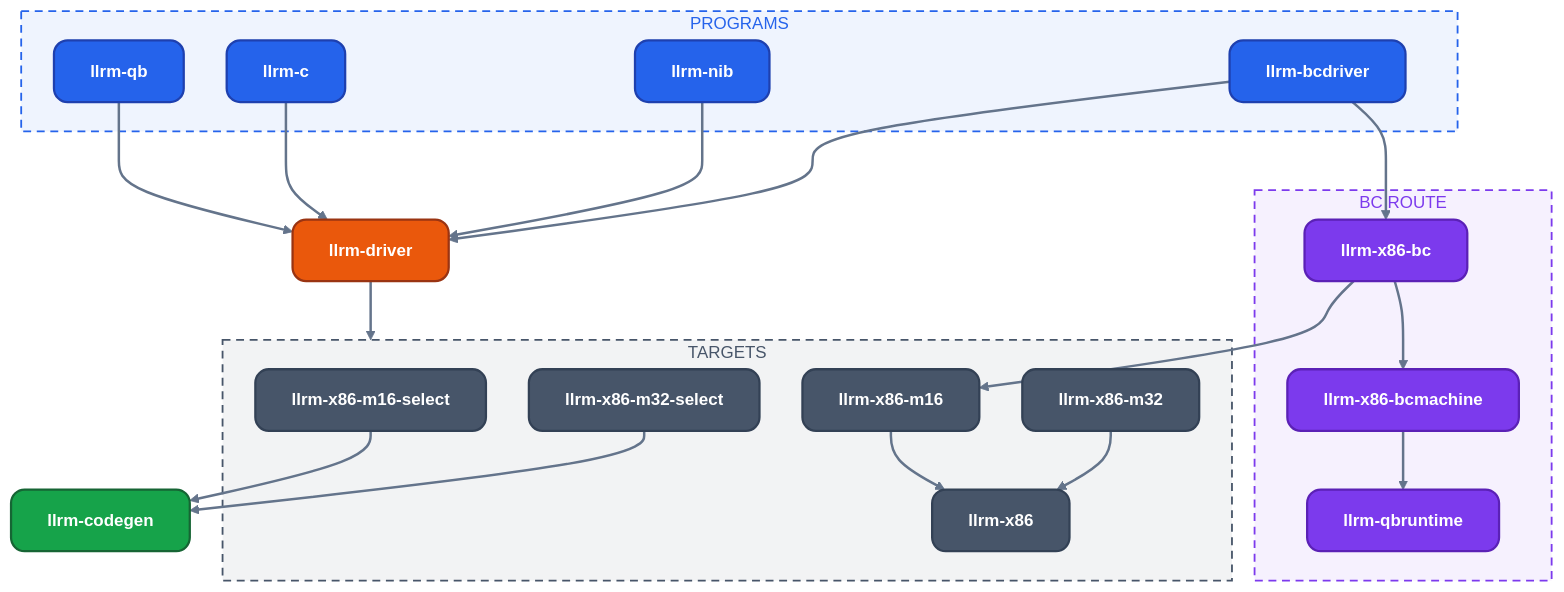
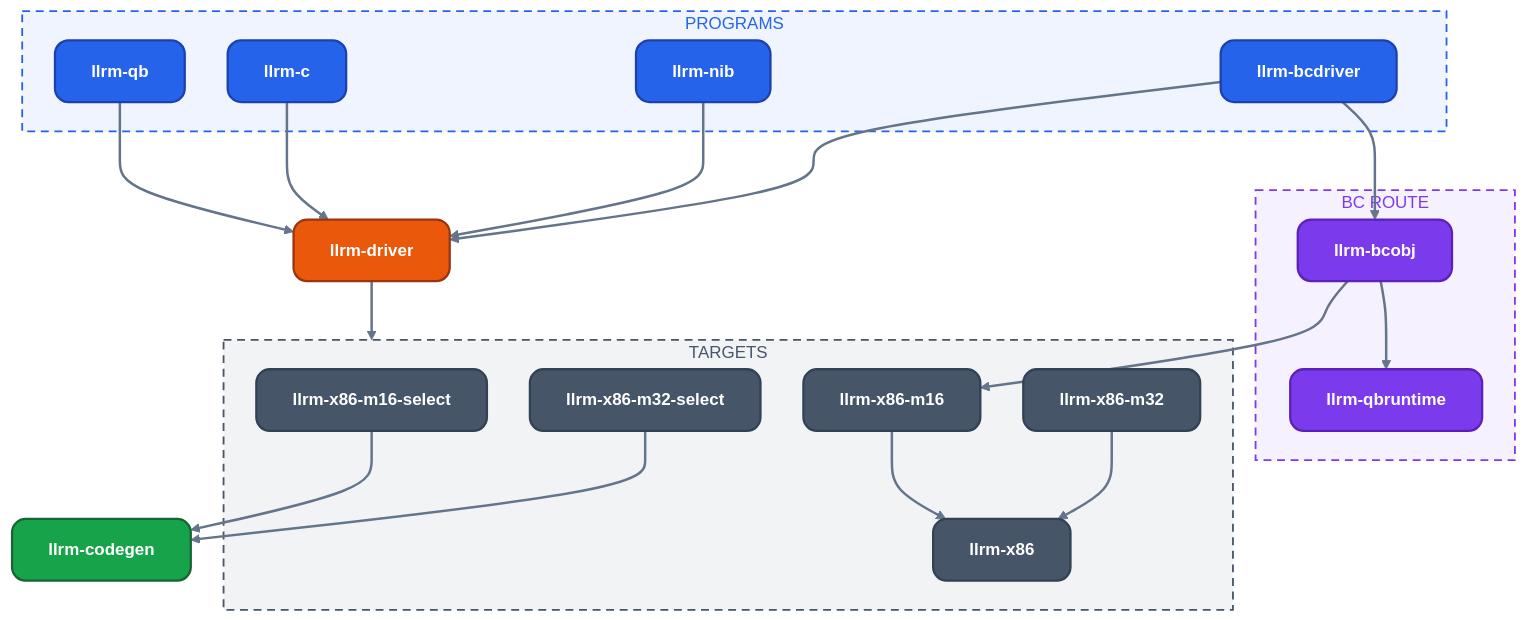
The second of 4 diagrams in docs/reference/crates.md (ali-mosavian/llrm), drawn with Mermaid before and after one commit. The commit also changed other lines of this file and 75 other files, not shown here.

````diff
--- a/docs/reference/crates.md
+++ b/docs/reference/crates.md
@@ -39,46 +39,44 @@
 ```mermaid
 %%{init: {'theme':'base','themeVariables':{'fontFamily':'Segoe UI, Helvetica Neue, Arial, DejaVu Sans, sans-serif','fontSize':'15px','primaryColor':'#475569','primaryTextColor':'#ffffff','primaryBorderColor':'#334155','lineColor':'#64748b','secondaryColor':'#475569','tertiaryColor':'transparent','clusterBkg':'transparent','clusterBorder':'#64748b','edgeLabelBackground':'#334155','textColor':'#64748b','titleColor':'#64748b'},'flowchart':{'curve':'basis','nodeSpacing':38,'rankSpacing':52,'padding':16,'wrappingWidth':360,'htmlLabels':true,'useMaxWidth':true}}}%%
 flowchart TB
   classDef src fill:#2563eb,stroke:#1e40af,stroke-width:2px,color:#ffffff,rx:12px,ry:12px
   classDef mid fill:#475569,stroke:#334155,stroke-width:2px,color:#ffffff,rx:12px,ry:12px
   classDef opt fill:#ea580c,stroke:#9a3412,stroke-width:2px,color:#ffffff,rx:12px,ry:12px
   classDef out fill:#16a34a,stroke:#166534,stroke-width:2px,color:#ffffff,rx:12px,ry:12px
   classDef data fill:#7c3aed,stroke:#5b21b6,stroke-width:2px,color:#ffffff,rx:12px,ry:12px
   linkStyle default stroke:#64748b,stroke-width:2.2px
   subgraph g_fe["PROGRAMS"]
     qb["<b>llrm-qb</b>"]:::src
     c["<b>llrm-c</b>"]:::src
     nib["<b>llrm-nib</b>"]:::src
     bcd["<b>llrm-bcdriver</b>"]:::src
   end
   drv["<b>llrm-driver</b>"]:::opt
   subgraph g_tg["TARGETS"]
     s16["<b>llrm-x86-m16-select</b>"]:::mid
     s32["<b>llrm-x86-m32-select</b>"]:::mid
     m16["<b>llrm-x86-m16</b>"]:::mid
     m32["<b>llrm-x86-m32</b>"]:::mid
     x86["<b>llrm-x86</b>"]:::mid
   end
   subgraph g_bcg["BC ROUTE"]
-    bc["<b>llrm-x86-bc</b>"]:::data
-    bcm["<b>llrm-x86-bcmachine</b>"]:::data
+    bc["<b>llrm-bcobj</b>"]:::data
     qbrt["<b>llrm-qbruntime</b>"]:::data
   end
   core["<b>llrm-codegen</b>"]:::out
   qb --> drv
   c --> drv
   nib --> drv
   bcd --> drv
   bcd --> bc
   drv --> g_tg
   s16 --> core
   s32 --> core
   m16 --> x86
   m32 --> x86
   bc --> m16
-  bc --> bcm
-  bcm --> qbrt
+  bc --> qbrt
   style g_fe fill:#2563eb12,stroke:#2563eb,stroke-width:1.6px,stroke-dasharray:7 5,color:#2563eb
   style g_tg fill:#47556912,stroke:#475569,stroke-width:1.6px,stroke-dasharray:7 5,color:#475569
   style g_bcg fill:#7c3aed12,stroke:#7c3aed,stroke-width:1.6px,stroke-dasharray:7 5,color:#7c3aed
 ```
````
